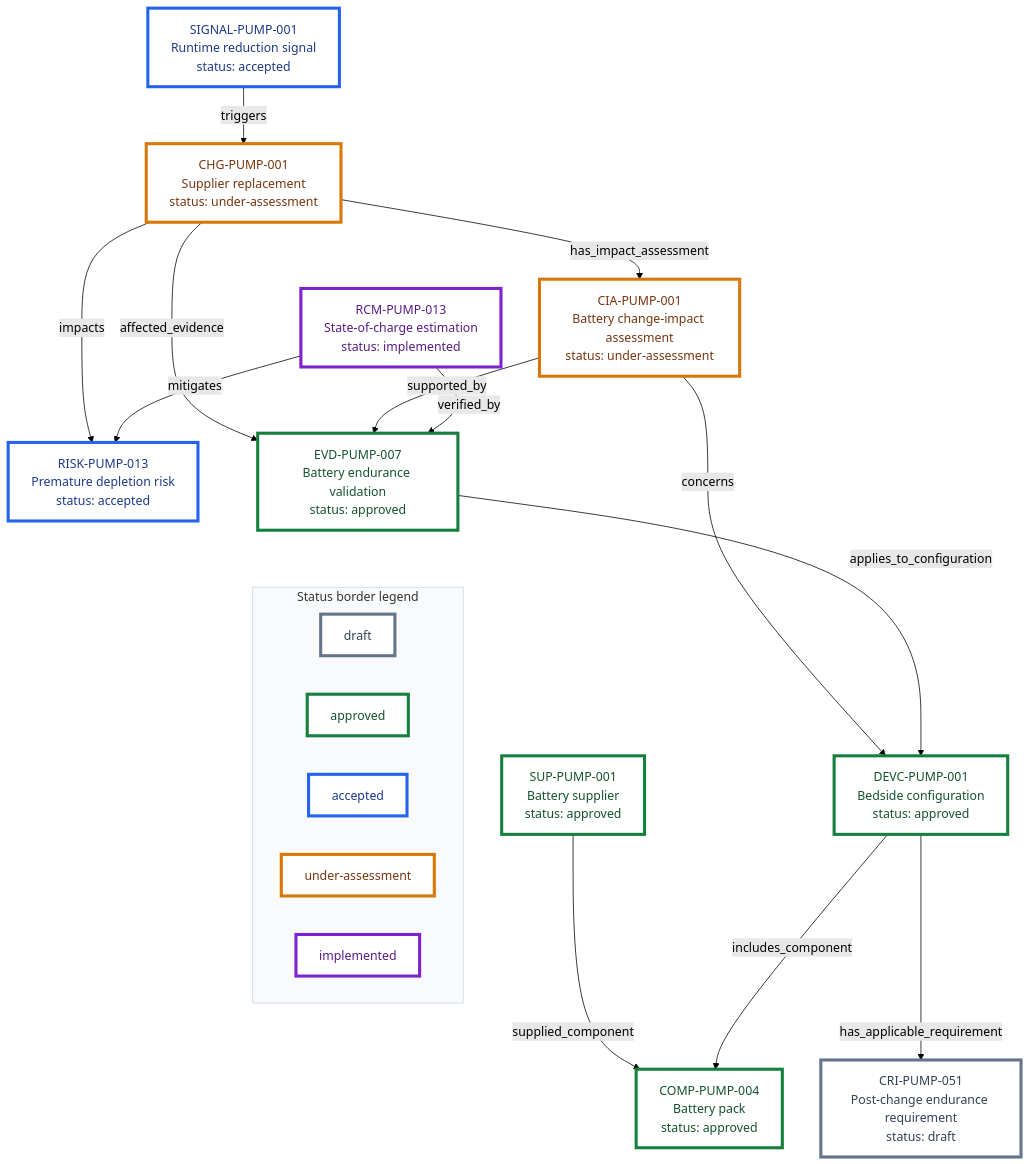
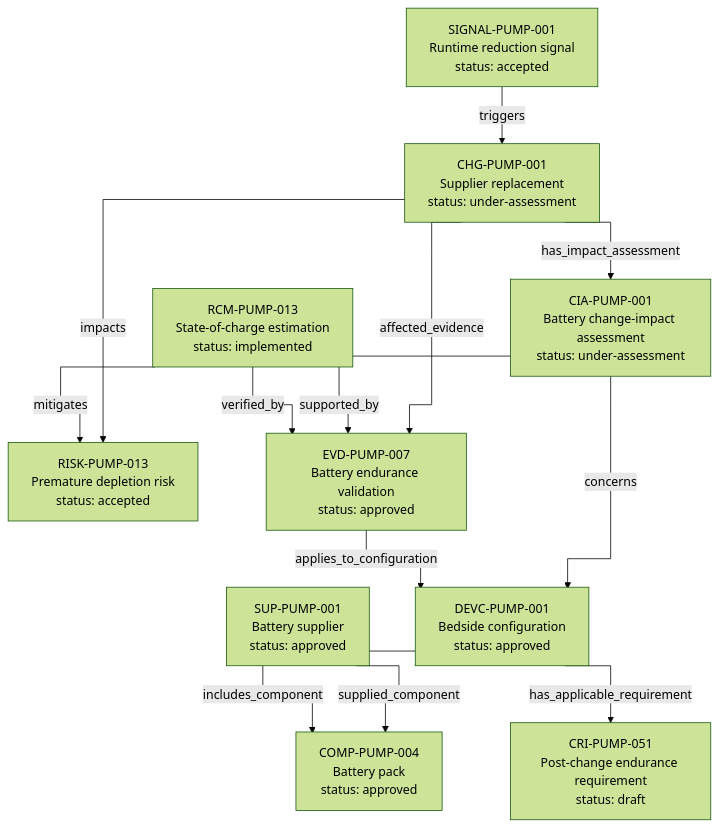
Before and after one commit to mvattulainen/mdrontology: the diagram in content/06-Infpump FlowGuard ontology notes/connections/05-battery-signal-to-change-assessment.md, drawn with Mermaid (forest theme). The commit also changed other lines of this file and 1 other file, not shown here.

Commit message:
Simplify battery workflow diagram styling

````diff
--- a/content/06-Infpump FlowGuard ontology notes/connections/05-battery-signal-to-change-assessment.md
+++ b/content/06-Infpump FlowGuard ontology notes/connections/05-battery-signal-to-change-assessment.md
@@ -25,55 +25,36 @@
 ```mermaid
+%%{init: {"flowchart": {"curve": "stepAfter"}}}%%
 flowchart TD
   N1["DEVC-PUMP-001<br/>Bedside configuration<br/>status: approved"]
   N2["SUP-PUMP-001<br/>Battery supplier<br/>status: approved"]
   N3["COMP-PUMP-004<br/>Battery pack<br/>status: approved"]
   N4["SIGNAL-PUMP-001<br/>Runtime reduction signal<br/>status: accepted"]
   N5["CHG-PUMP-001<br/>Supplier replacement<br/>status: under-assessment"]
   N6["RISK-PUMP-013<br/>Premature depletion risk<br/>status: accepted"]
   N7["RCM-PUMP-013<br/>State-of-charge estimation<br/>status: implemented"]
   N8["EVD-PUMP-007<br/>Battery endurance validation<br/>status: approved"]
   N9["CRI-PUMP-051<br/>Post-change endurance requirement<br/>status: draft"]
   N10["CIA-PUMP-001<br/>Battery change-impact assessment<br/>status: under-assessment"]
   N2 -->|supplied_component| N3
   N1 -->|includes_component| N3
   N1 -->|has_applicable_requirement| N9
   N4 -->|triggers| N5
   N5 -->|has_impact_assessment| N10
   N5 -->|impacts| N6
   N5 -->|affected_evidence| N8
   N10 -->|concerns| N1
   N10 -->|supported_by| N8
   N7 -->|mitigates| N6
   N7 -->|verified_by| N8
   N8 -->|applies_to_configuration| N1
-  classDef draft fill:#ffffff,stroke:#64748b,stroke-width:4px,color:#334155
-  classDef approved fill:#ffffff,stroke:#15803d,stroke-width:4px,color:#14532d
-  classDef accepted fill:#ffffff,stroke:#2563eb,stroke-width:4px,color:#1e3a8a
-  classDef under_assessment fill:#ffffff,stroke:#d97706,stroke-width:4px,color:#78350f
-  classDef implemented fill:#ffffff,stroke:#7e22ce,stroke-width:4px,color:#581c87
-  class N1,N2,N3,N8 approved
-  class N4,N6 accepted
-  class N5,N10 under_assessment
-  class N7 implemented
-  class N9 draft
-  subgraph LEGEND["Status border legend"]
-    direction LR
-    L1["draft"]:::draft
-    L2["approved"]:::approved
-    L3["accepted"]:::accepted
-    L4["under-assessment"]:::under_assessment
-    L5["implemented"]:::implemented
-  end
-  N8 ~~~ L1
-  style LEGEND fill:#f8fafc,stroke:#cbd5e1,stroke-width:1px
   click N1 "/06-infpump-flowguard-ontology-notes/device-configuration/devc-pump-001-infpump-flowguard-bedside-configuration-10" "Open DEVC-PUMP-001"
   click N2 "/06-infpump-flowguard-ontology-notes/supplier/sup-pump-001-battery-pack-critical-supplier" "Open SUP-PUMP-001"
   click N3 "/06-infpump-flowguard-ontology-notes/component/comp-pump-004-rechargeable-battery-pack" "Open COMP-PUMP-004"
   click N4 "/06-infpump-flowguard-ontology-notes/signal/signal-pump-001-unexpected-battery-runtime-reduction" "Open SIGNAL-PUMP-001"
   click N5 "/06-infpump-flowguard-ontology-notes/change/chg-pump-001-battery-cell-supplier-replacement" "Open CHG-PUMP-001"
   click N6 "/06-infpump-flowguard-ontology-notes/risk/risk-pump-013-clinical-injury-following-premature-battery-depletion" "Open RISK-PUMP-013"
   click N7 "/06-infpump-flowguard-ontology-notes/risk-control-measure/rcm-pump-013-battery-state-of-charge-estimation" "Open RCM-PUMP-013"
   click N8 "/06-infpump-flowguard-ontology-notes/verification-evidence/evd-pump-007-battery-endurance-validation-report" "Open EVD-PUMP-007"
   click N9 "/06-infpump-flowguard-ontology-notes/compliance-requirement-instance/cri-pump-051-battery-endurance-after-cell-supplier-change" "Open CRI-PUMP-051"
   click N10 "/06-infpump-flowguard-ontology-notes/change-impact-assessment/cia-pump-001-battery-cell-supplier-change-impact-assessment" "Open CIA-PUMP-001"
 ```
````
